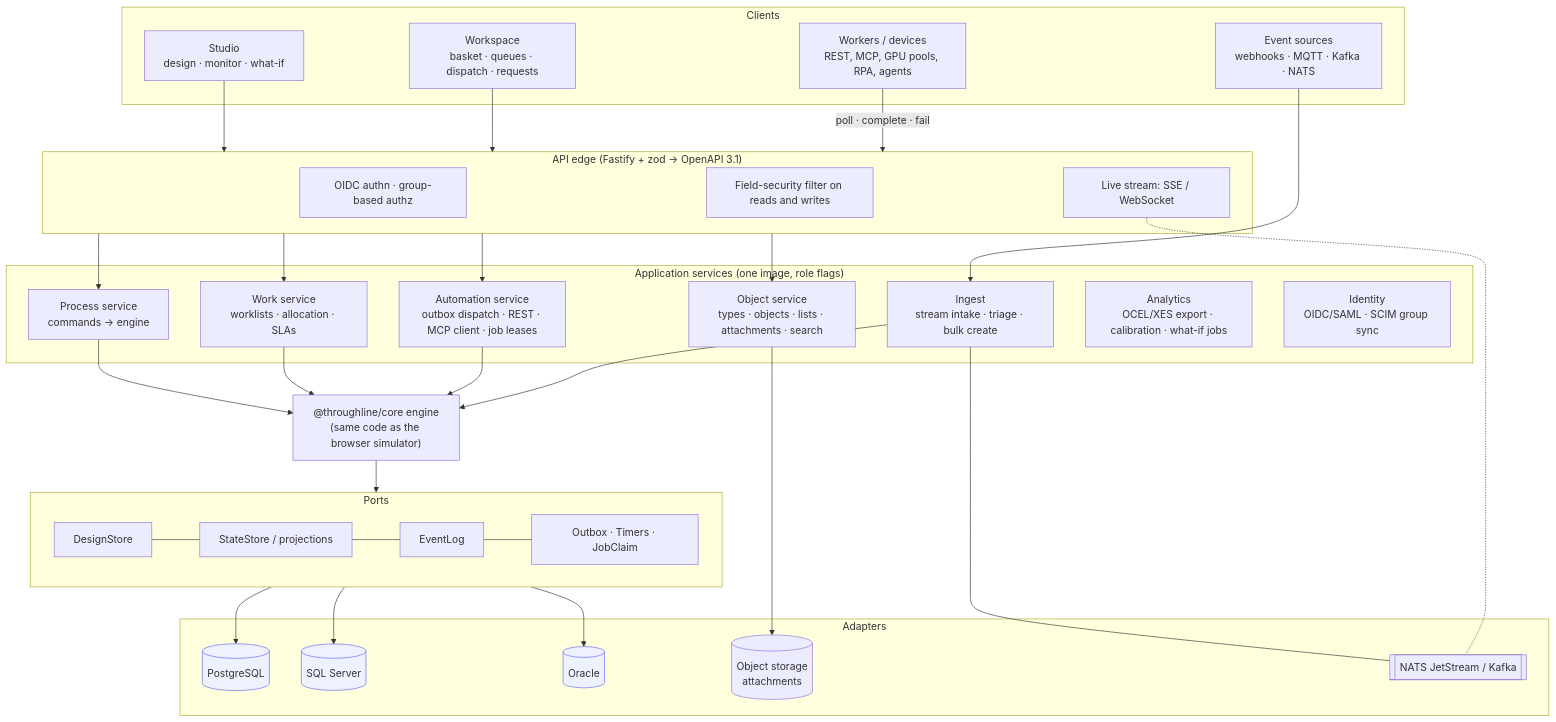
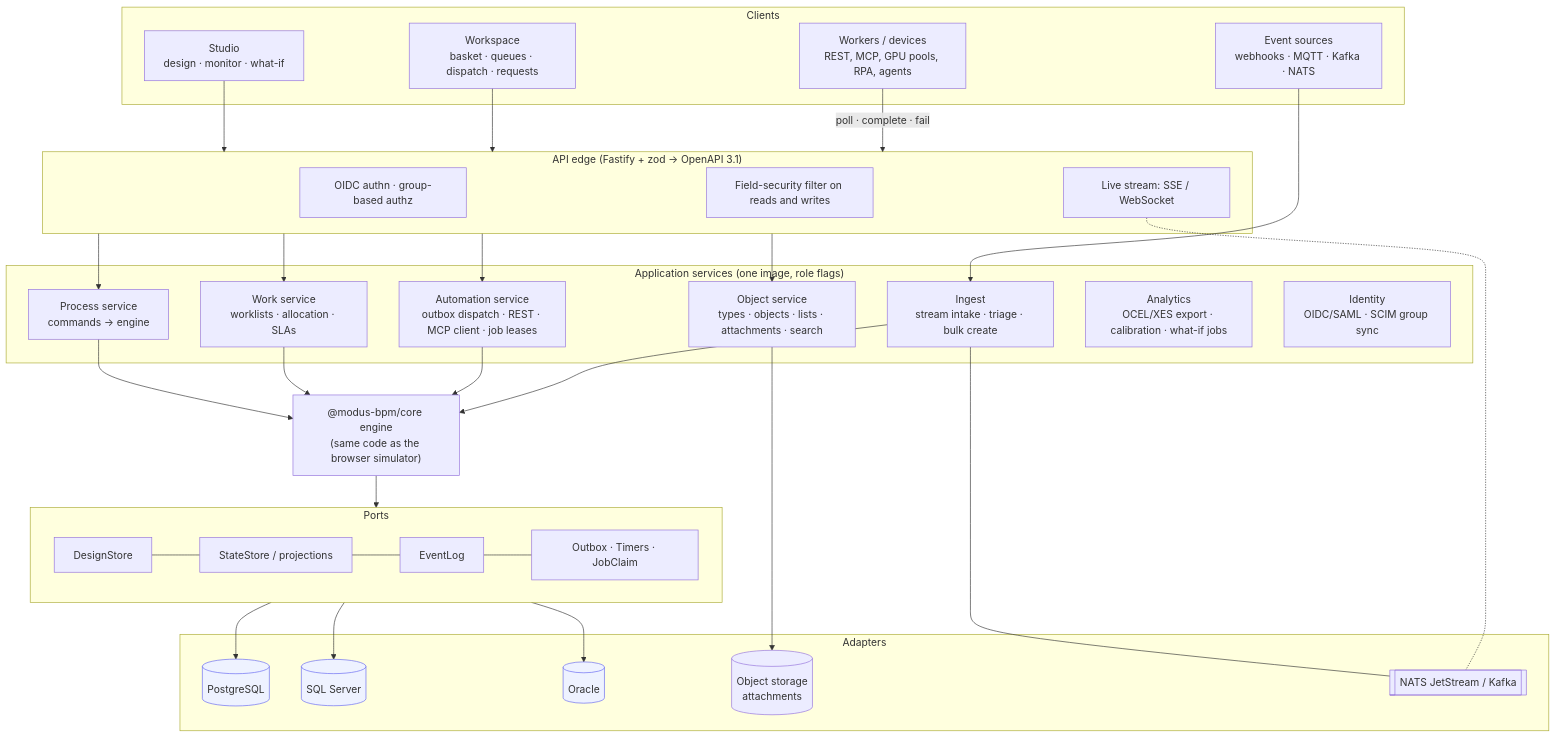
Before and after one commit to empowerment-ai/modus: the second of 5 diagrams in docs/ARCHITECTURE.md, drawn with Mermaid. The commit also changed other lines of this file and 124 other files, not shown here.

````diff
--- a/docs/ARCHITECTURE.md
+++ b/docs/ARCHITECTURE.md
@@ -130,45 +130,45 @@
 ```mermaid
 flowchart TB
   subgraph Clients
     ST[Studio<br/>design · monitor · what-if]
     WS[Workspace<br/>basket · queues · dispatch · requests]
     WK[Workers / devices<br/>REST, MCP, GPU pools, RPA, agents]
     EV[Event sources<br/>webhooks · MQTT · Kafka · NATS]
   end
   subgraph Edge["API edge (Fastify + zod → OpenAPI 3.1)"]
     AUTH[OIDC authn · group-based authz]
     FS[Field-security filter on reads and writes]
     SSE[Live stream: SSE / WebSocket]
   end
   subgraph Services["Application services (one image, role flags)"]
     PS[Process service<br/>commands → engine]
     WSV[Work service<br/>worklists · allocation · SLAs]
     OS[Object service<br/>types · objects · lists · attachments · search]
     AS[Automation service<br/>outbox dispatch · REST · MCP client · job leases]
     IN[Ingest<br/>stream intake · triage · bulk create]
     AN[Analytics<br/>OCEL/XES export · calibration · what-if jobs]
     ID[Identity<br/>OIDC/SAML · SCIM group sync]
   end
-  CORE["@throughline/core engine<br/>(same code as the browser simulator)"]
+  CORE["@modus-bpm/core engine<br/>(same code as the browser simulator)"]
   subgraph Ports
     P1[DesignStore] --- P2[StateStore / projections] --- P3[EventLog] --- P4[Outbox · Timers · JobClaim]
   end
   subgraph Adapters
     PG[(PostgreSQL)]:::db
     MS[(SQL Server)]:::db
     OR[(Oracle)]:::db
     OBJ[(Object storage<br/>attachments)]
     BUS[[NATS JetStream / Kafka]]
   end
   ST & WS --> Edge
   WK -->|poll · complete · fail| Edge
   EV --> IN
   Edge --> PS & WSV & OS & AS
   PS & WSV & AS & IN --> CORE
   CORE --> Ports
   Ports --> PG & MS & OR
   OS --> OBJ
   IN --- BUS
   SSE -.- BUS
   classDef db fill:#eef2ff,stroke:#6366f1
 ```
````
